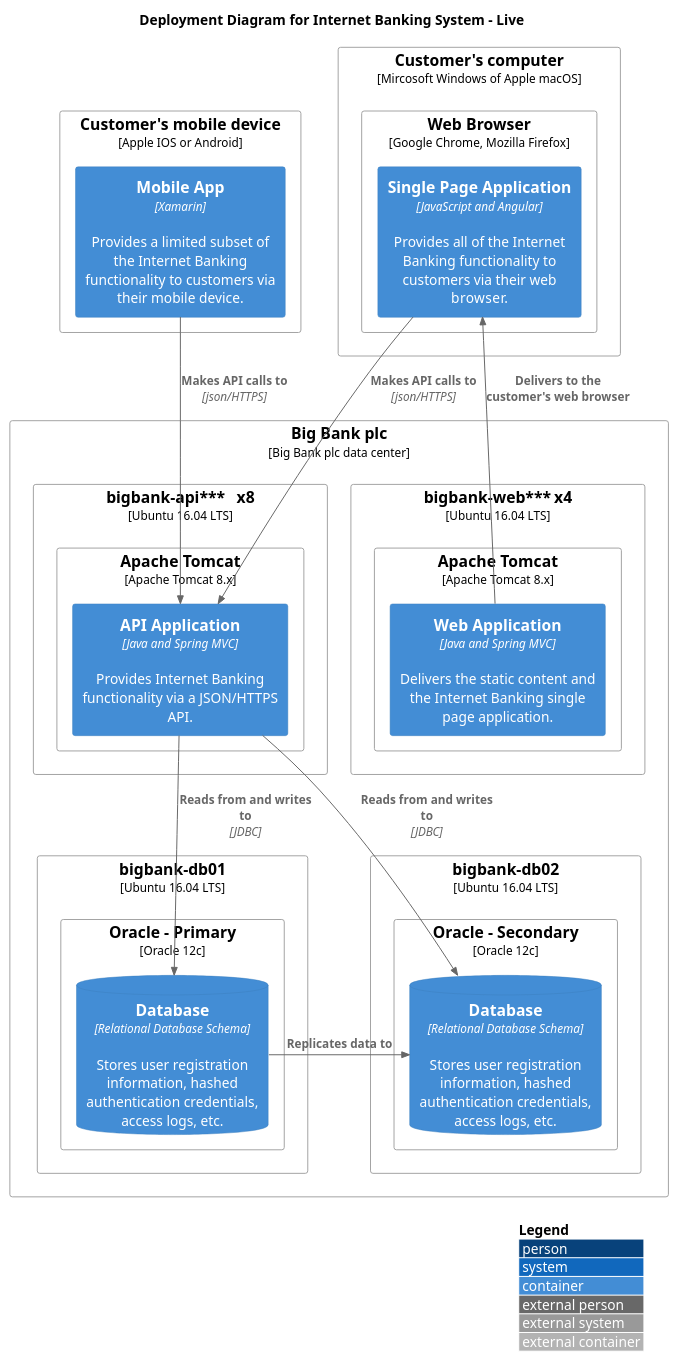
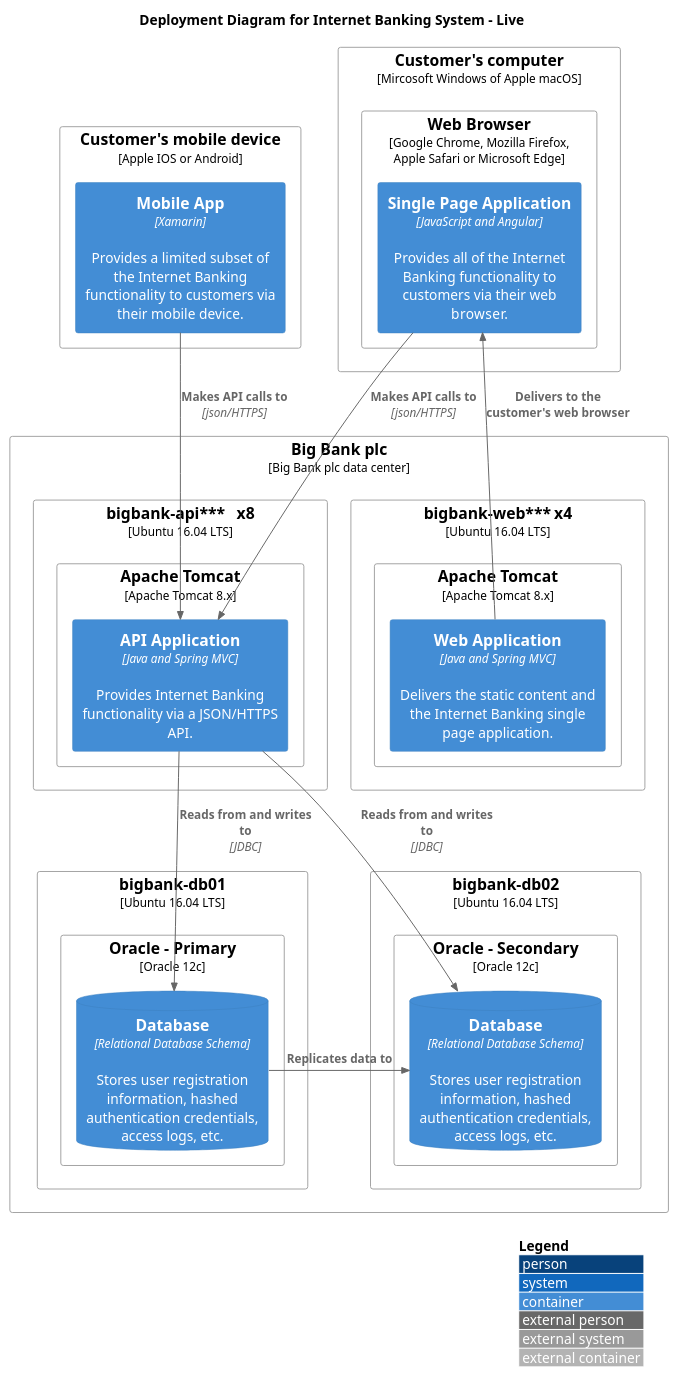
One commit to plantuml-stdlib/C4-PlantUML changed the diagram in samples/C4_Deployment Diagram Sample - bigbankplc.puml. Above: the diagram before and after it, drawn with PlantUML. The commit also changed 1 other file, not shown here.

Commit message:
#92-Deployment-Diagram-supports-(automatic-calculated)-line-breaks-of-type-labels

```diff
--- a/samples/C4_Deployment Diagram Sample - bigbankplc.puml
+++ b/samples/C4_Deployment Diagram Sample - bigbankplc.puml
@@ -1,51 +1,51 @@
 @startuml
 !include https://raw.githubusercontent.com/plantuml-stdlib/C4-PlantUML/master/C4_Deployment.puml
 ' uncomment the following line and comment the first to use locally
 ' !include C4_Deployment.puml
 
 'LAYOUT_AS_SKETCH()
 LAYOUT_WITH_LEGEND()
 
 title Deployment Diagram for Internet Banking System - Live
 
 Deployment_Node(plc, "Big Bank plc", "Big Bank plc data center"){
     Deployment_Node(dn, "bigbank-api***\tx8", "Ubuntu 16.04 LTS"){
         Deployment_Node(apache, "Apache Tomcat", "Apache Tomcat 8.x"){
             Container(api, "API Application", "Java and Spring MVC", "Provides Internet Banking functionality via a JSON/HTTPS API.")
         }
     }
     Deployment_Node(bigbankdb01, "bigbank-db01", "Ubuntu 16.04 LTS"){
         Deployment_Node(oracle, "Oracle - Primary", "Oracle 12c"){
             ContainerDb(db, "Database", "Relational Database Schema", "Stores user registration information, hashed authentication credentials, access logs, etc.")
         }
     }
     Deployment_Node(bigbankdb02, "bigbank-db02", "Ubuntu 16.04 LTS"){
         Deployment_Node(oracle2, "Oracle - Secondary", "Oracle 12c"){
             ContainerDb(db2, "Database", "Relational Database Schema", "Stores user registration information, hashed authentication credentials, access logs, etc.")
         }
     }
     Deployment_Node(bb2, "bigbank-web***\tx4", "Ubuntu 16.04 LTS"){
         Deployment_Node(apache2, "Apache Tomcat", "Apache Tomcat 8.x"){
             Container(web, "Web Application", "Java and Spring MVC", "Delivers the static content and the Internet Banking single page application.")
         }
     }
 }
 
 Deployment_Node(mob, "Customer's mobile device", "Apple IOS or Android"){
     Container(mobile, "Mobile App", "Xamarin", "Provides a limited subset of the Internet Banking functionality to customers via their mobile device.")
 }
 
 Deployment_Node(comp, "Customer's computer", "Mircosoft Windows of Apple macOS"){
-    Deployment_Node(browser, "Web Browser", "Google Chrome, Mozilla Firefox"){
+    Deployment_Node(browser, "Web Browser", "Google Chrome, Mozilla Firefox, Apple Safari or Microsoft Edge"){
         Container(spa, "Single Page Application", "JavaScript and Angular", "Provides all of the Internet Banking functionality to customers via their web browser.")
     }
 }
 
 Rel(mobile, api, "Makes API calls to", "json/HTTPS")
 Rel(spa, api, "Makes API calls to", "json/HTTPS")
 Rel_U(web, spa, "Delivers to the customer's web browser")
 Rel(api, db, "Reads from and writes to", "JDBC")
 Rel(api, db2, "Reads from and writes to", "JDBC")
 Rel_R(db, db2, "Replicates data to")
 
 @enduml
```
